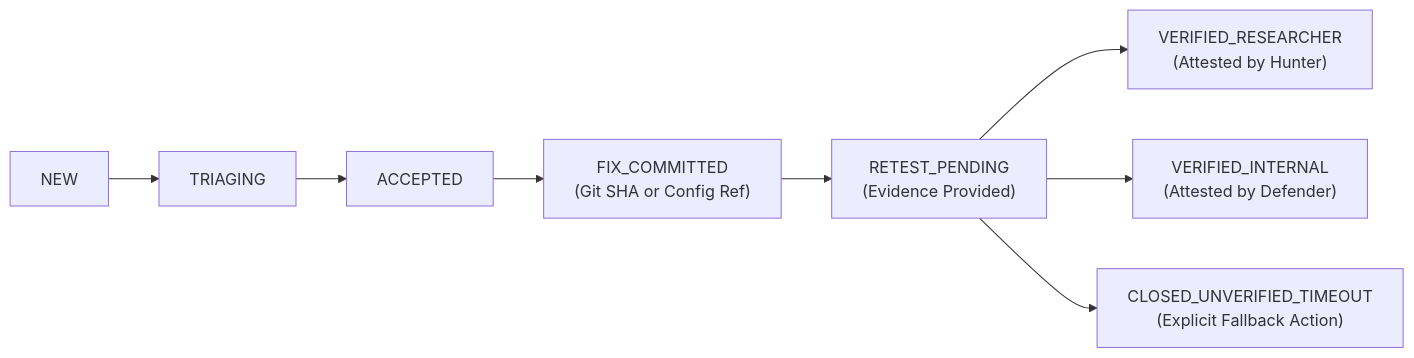
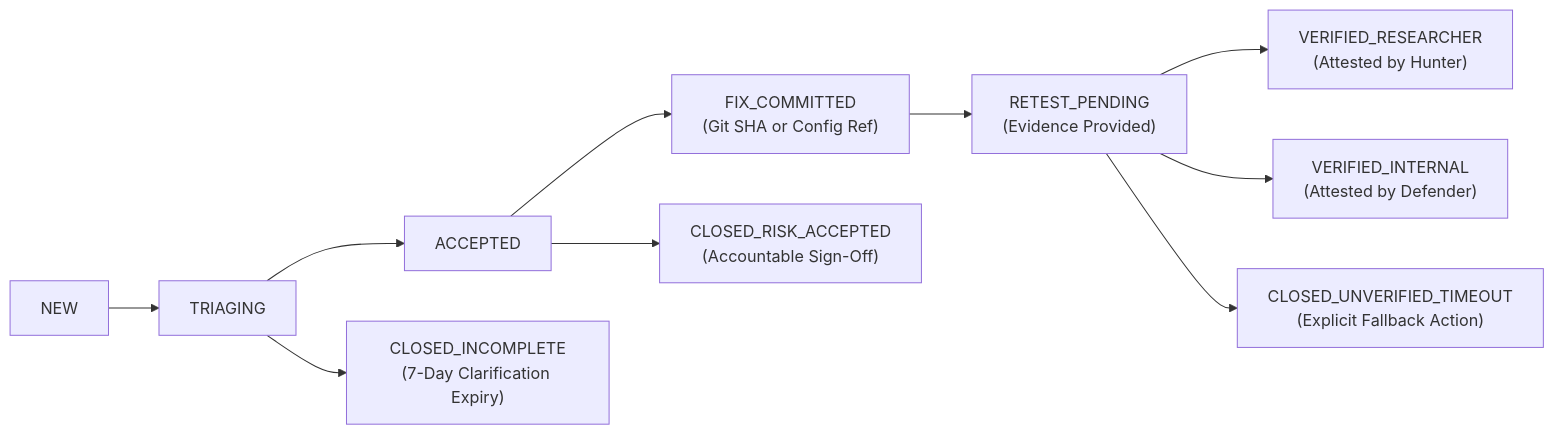
One commit to Taha-Asad/BugBountyTracker changed the diagram in requirements/HOD_PROPOSAL.md. Above: the diagram before and after it, drawn with Mermaid. The commit also changed other lines of this file and 14 other files, not shown here.

````diff
--- a/requirements/HOD_PROPOSAL.md
+++ b/requirements/HOD_PROPOSAL.md
@@ -64,10 +67,12 @@
 ```mermaid
 flowchart LR
     A["NEW"] --> B["TRIAGING"]
     B --> C["ACCEPTED"]
     C --> D["FIX_COMMITTED<br/>(Git SHA or Config Ref)"]
     D --> E["RETEST_PENDING<br/>(Evidence Provided)"]
     E --> F1["VERIFIED_RESEARCHER<br/>(Attested by Hunter)"]
     E --> F2["VERIFIED_INTERNAL<br/>(Attested by Defender)"]
     E --> F3["CLOSED_UNVERIFIED_TIMEOUT<br/>(Explicit Fallback Action)"]
+    B --> F4["CLOSED_INCOMPLETE<br/>(7-Day Clarification Expiry)"]
+    C --> F5["CLOSED_RISK_ACCEPTED<br/>(Accountable Sign-Off)"]
 ```
````
